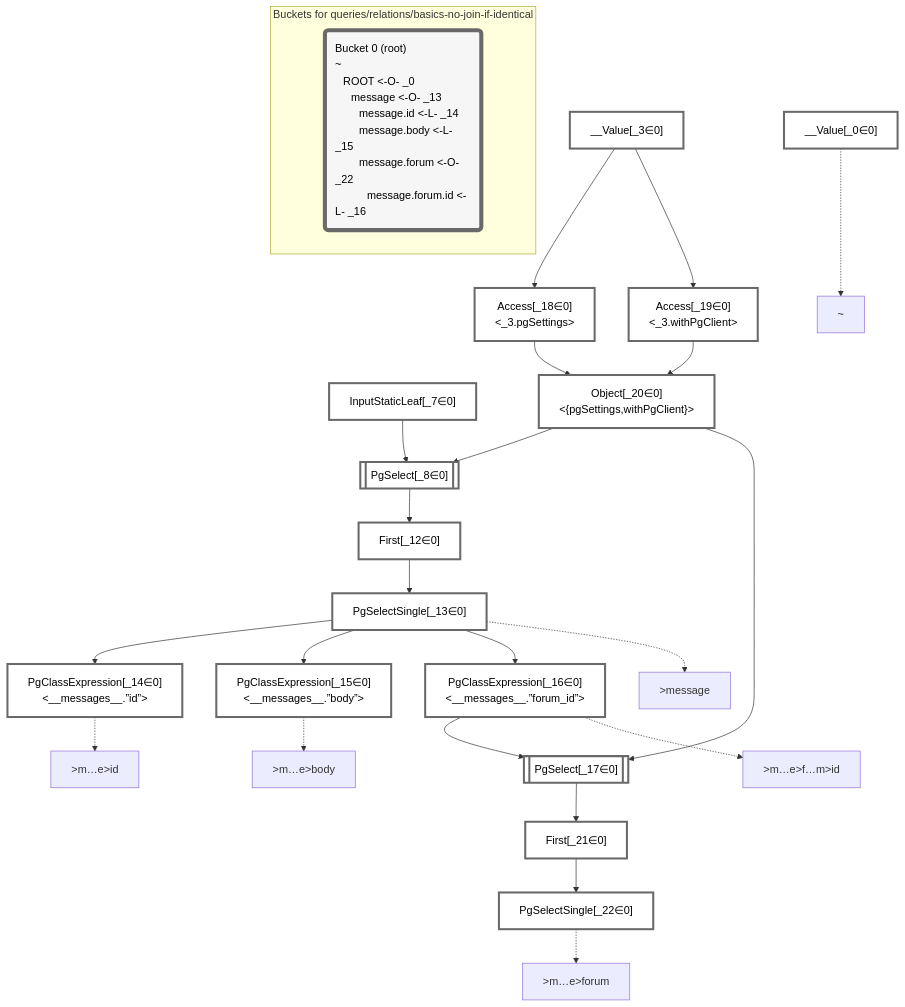
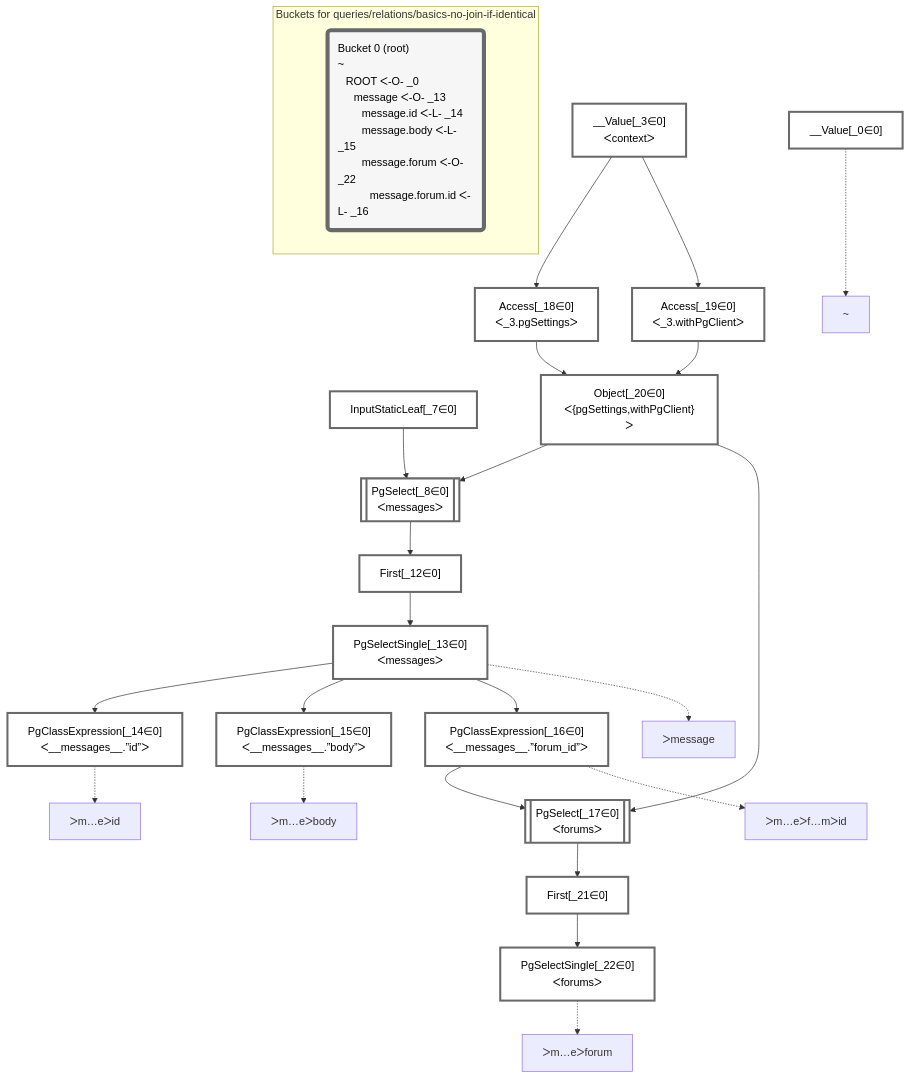
One commit to graphile/crystal changed the diagram in packages/dataplan-pg/__tests__/queries/relations/basics-no-join-if-identical.deopt.mermaid.md. Above: the diagram before and after it, drawn with Mermaid. The commit also changed 195 other files, not shown here.

````diff
--- a/packages/dataplan-pg/__tests__/queries/relations/basics-no-join-if-identical.deopt.mermaid.md
+++ b/packages/dataplan-pg/__tests__/queries/relations/basics-no-join-if-identical.deopt.mermaid.md
@@ -1,66 +1,66 @@
 ```mermaid
 graph TD
     classDef path fill:#eee,stroke:#000,color:#000
     classDef plan fill:#fff,stroke-width:3px,color:#000
     classDef itemplan fill:#fff,stroke-width:6px,color:#000
     classDef sideeffectplan fill:#f00,stroke-width:6px,color:#000
     classDef bucket fill:#f6f6f6,color:#000,stroke-width:6px,text-align:left
 
 
     %% define plans
     __Value_0["__Value[_0∈0]"]:::plan
-    __Value_3["__Value[_3∈0]<br /><context>"]:::plan
+    __Value_3["__Value[_3∈0]<br />ᐸcontextᐳ"]:::plan
     InputStaticLeaf_7["InputStaticLeaf[_7∈0]"]:::plan
-    PgSelect_8[["PgSelect[_8∈0]<br /><messages>"]]:::plan
+    PgSelect_8[["PgSelect[_8∈0]<br />ᐸmessagesᐳ"]]:::plan
     First_12["First[_12∈0]"]:::plan
-    PgSelectSingle_13["PgSelectSingle[_13∈0]<br /><messages>"]:::plan
-    PgClassExpression_14["PgClassExpression[_14∈0]<br /><__messages__.”id”>"]:::plan
-    PgClassExpression_15["PgClassExpression[_15∈0]<br /><__messages__.”body”>"]:::plan
-    PgClassExpression_16["PgClassExpression[_16∈0]<br /><__messages__.”forum_id”>"]:::plan
-    PgSelect_17[["PgSelect[_17∈0]<br /><forums>"]]:::plan
-    Access_18["Access[_18∈0]<br /><_3.pgSettings>"]:::plan
-    Access_19["Access[_19∈0]<br /><_3.withPgClient>"]:::plan
-    Object_20["Object[_20∈0]<br /><{pgSettings,withPgClient}>"]:::plan
+    PgSelectSingle_13["PgSelectSingle[_13∈0]<br />ᐸmessagesᐳ"]:::plan
+    PgClassExpression_14["PgClassExpression[_14∈0]<br />ᐸ__messages__.”id”ᐳ"]:::plan
+    PgClassExpression_15["PgClassExpression[_15∈0]<br />ᐸ__messages__.”body”ᐳ"]:::plan
+    PgClassExpression_16["PgClassExpression[_16∈0]<br />ᐸ__messages__.”forum_id”ᐳ"]:::plan
+    PgSelect_17[["PgSelect[_17∈0]<br />ᐸforumsᐳ"]]:::plan
+    Access_18["Access[_18∈0]<br />ᐸ_3.pgSettingsᐳ"]:::plan
+    Access_19["Access[_19∈0]<br />ᐸ_3.withPgClientᐳ"]:::plan
+    Object_20["Object[_20∈0]<br />ᐸ{pgSettings,withPgClient}ᐳ"]:::plan
     First_21["First[_21∈0]"]:::plan
-    PgSelectSingle_22["PgSelectSingle[_22∈0]<br /><forums>"]:::plan
+    PgSelectSingle_22["PgSelectSingle[_22∈0]<br />ᐸforumsᐳ"]:::plan
 
     %% plan dependencies
     Object_20 --> PgSelect_8
     InputStaticLeaf_7 --> PgSelect_8
     PgSelect_8 --> First_12
     First_12 --> PgSelectSingle_13
     PgSelectSingle_13 --> PgClassExpression_14
     PgSelectSingle_13 --> PgClassExpression_15
     PgSelectSingle_13 --> PgClassExpression_16
     Object_20 --> PgSelect_17
     PgClassExpression_16 --> PgSelect_17
     __Value_3 --> Access_18
     __Value_3 --> Access_19
     Access_18 --> Object_20
     Access_19 --> Object_20
     PgSelect_17 --> First_21
     First_21 --> PgSelectSingle_22
 
     %% plan-to-path relationships
     P_0["~"]
     __Value_0 -.-> P_0
-    P_13[">message"]
+    P_13["ᐳmessage"]
     PgSelectSingle_13 -.-> P_13
-    P_14[">m…e>id"]
+    P_14["ᐳm…eᐳid"]
     PgClassExpression_14 -.-> P_14
-    P_15[">m…e>body"]
+    P_15["ᐳm…eᐳbody"]
     PgClassExpression_15 -.-> P_15
-    P_16[">m…e>f…m>id"]
+    P_16["ᐳm…eᐳf…mᐳid"]
     PgClassExpression_16 -.-> P_16
-    P_22[">m…e>forum"]
+    P_22["ᐳm…eᐳforum"]
     PgSelectSingle_22 -.-> P_22
 
     %% allocate buckets
     classDef bucket0 stroke:#696969
     class __Value_0,__Value_3,InputStaticLeaf_7,PgSelect_8,First_12,PgSelectSingle_13,PgClassExpression_14,PgClassExpression_15,PgClassExpression_16,PgSelect_17,Access_18,Access_19,Object_20,First_21,PgSelectSingle_22 bucket0
 
     subgraph "Buckets for queries/relations/basics-no-join-if-identical"
-    Bucket0("Bucket 0 (root)<br />~<br />⠀ROOT <-O- _0<br />⠀⠀message <-O- _13<br />⠀⠀⠀message.id <-L- _14<br />⠀⠀⠀message.body <-L- _15<br />⠀⠀⠀message.forum <-O- _22<br />⠀⠀⠀⠀message.forum.id <-L- _16"):::bucket
+    Bucket0("Bucket 0 (root)<br />~<br />⠀ROOT ᐸ-O- _0<br />⠀⠀message ᐸ-O- _13<br />⠀⠀⠀message.id ᐸ-L- _14<br />⠀⠀⠀message.body ᐸ-L- _15<br />⠀⠀⠀message.forum ᐸ-O- _22<br />⠀⠀⠀⠀message.forum.id ᐸ-L- _16"):::bucket
     style Bucket0 stroke:#696969
     end
 ```
````
